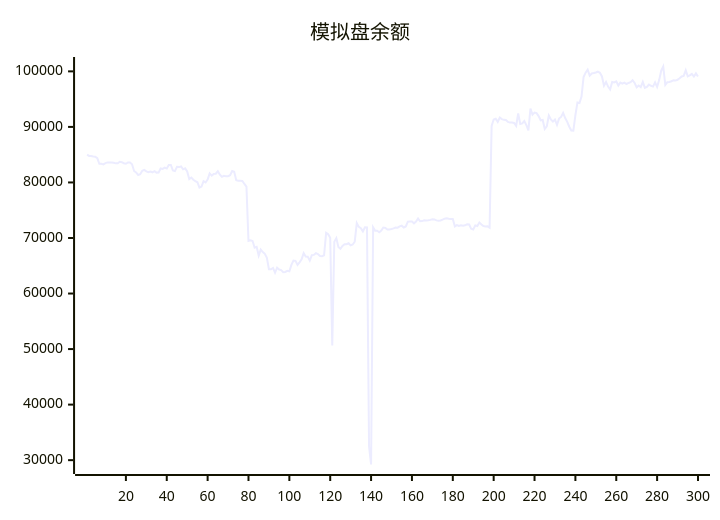
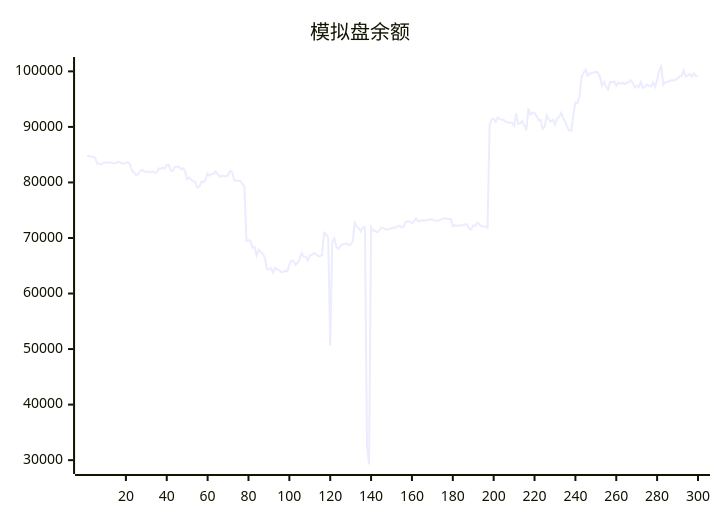
The diagram in README.md (aahl/ai-trading), drawn with Mermaid before and after one commit. The commit also changed other lines of this file and 1 other file, not shown here.

````diff
--- a/README.md
+++ b/README.md
@@ -5,5 +5,5 @@
 ```mermaid
 xychart
     title "模拟盘余额"
-    line [85012,84772,84768,84690,84635,84376,83360,83357,83259,83474,83608,83606,83602,83548,83440,83454,83724,83644,83464,83365,83590,83592,83275,82072,81806,81344,81492,82109,82254,82006,81848,81955,81829,82022,81769,81776,82522,82441,82656,82498,83144,83144,82150,82038,82797,82763,82872,82367,82536,81981,80612,80862,80484,80242,80034,79063,79245,80226,80016,80507,81625,81233,81544,81578,82016,81401,81019,81186,81130,81118,81306,82066,81909,80392,80304,80291,80258,79729,79261,69466,69579,69456,68251,68415,66832,67911,67462,67144,66432,64380,64375,64606,63740,64647,64324,64216,63842,63877,64078,64008,65156,65945,65888,65157,65625,66144,67284,66653,66639,65924,66925,66956,67263,67108,66766,66729,66886,70927,70673,70049,50652,69334,69973,68400,68061,68578,68876,68879,69055,68662,68822,69329,72687,71999,71760,71162,71911,71896,32500,29218,71927,71297,71305,71044,71337,71883,71822,71536,71536,71622,71723,71880,71860,72100,72216,71887,72077,72940,72976,72966,72638,72948,73497,73004,73041,73173,73160,73186,73258,73375,73351,73173,73098,73161,73305,73474,73536,73457,73413,73412,72100,72333,72164,72272,72204,72285,72461,72421,71652,71521,72267,72157,72774,72424,72144,72060,72091,71858,90185,91338,91466,90900,91678,91404,91268,91244,90903,90779,90787,90721,90187,92429,90518,90619,91070,90328,89376,93286,92202,92581,92485,91947,91196,91259,89619,90086,92063,91355,90950,91327,90373,91498,91800,92531,91603,90910,90031,89351,89334,92097,94406,94315,95455,98972,99763,100286,99229,99622,99701,99805,99938,99738,99082,97430,98094,97267,96741,98081,98013,98194,97447,97983,97789,97969,97729,97911,98043,98405,97912,97120,97448,97154,98095,97021,97190,97616,97402,97263,98035,97210,98424,100120,100876,97552,98049,98085,98228,98388,98342,98488,98750,99086,99181,100188,99107,99272,99553,99072,99636,99061]
+    line [84772,84768,84690,84635,84376,83360,83357,83259,83474,83608,83606,83602,83548,83440,83454,83724,83644,83464,83365,83590,83592,83275,82072,81806,81344,81492,82109,82254,82006,81848,81955,81829,82022,81769,81776,82522,82441,82656,82498,83144,83144,82150,82038,82797,82763,82872,82367,82536,81981,80612,80862,80484,80242,80034,79063,79245,80226,80016,80507,81625,81233,81544,81578,82016,81401,81019,81186,81130,81118,81306,82066,81909,80392,80304,80291,80258,79729,79261,69466,69579,69456,68251,68415,66832,67911,67462,67144,66432,64380,64375,64606,63740,64647,64324,64216,63842,63877,64078,64008,65156,65945,65888,65157,65625,66144,67284,66653,66639,65924,66925,66956,67263,67108,66766,66729,66886,70927,70673,70049,50652,69334,69973,68400,68061,68578,68876,68879,69055,68662,68822,69329,72687,71999,71760,71162,71911,71896,32500,29218,71927,71297,71305,71044,71337,71883,71822,71536,71536,71622,71723,71880,71860,72100,72216,71887,72077,72940,72976,72966,72638,72948,73497,73004,73041,73173,73160,73186,73258,73375,73351,73173,73098,73161,73305,73474,73536,73457,73413,73412,72100,72333,72164,72272,72204,72285,72461,72421,71652,71521,72267,72157,72774,72424,72144,72060,72091,71858,90185,91338,91466,90900,91678,91404,91268,91244,90903,90779,90787,90721,90187,92429,90518,90619,91070,90328,89376,93286,92202,92581,92485,91947,91196,91259,89619,90086,92063,91355,90950,91327,90373,91498,91800,92531,91603,90910,90031,89351,89334,92097,94406,94315,95455,98972,99763,100286,99229,99622,99701,99805,99938,99738,99082,97430,98094,97267,96741,98081,98013,98194,97447,97983,97789,97969,97729,97911,98043,98405,97912,97120,97448,97154,98095,97021,97190,97616,97402,97263,98035,97210,98424,100120,100876,97552,98049,98085,98228,98388,98342,98488,98750,99086,99181,100188,99107,99272,99553,99072,99636,99061,99186]
 ```
````
